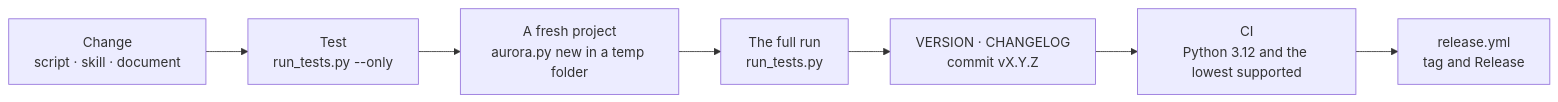
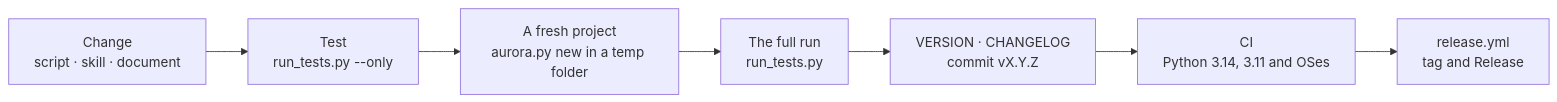
The diagram in docs/en/CONTRIBUTING.md (VVG-web/aurora-studio), drawn with Mermaid before and after one commit. The commit also changed other lines of this file and 11 other files, not shown here.

````diff
--- a/docs/en/CONTRIBUTING.md
+++ b/docs/en/CONTRIBUTING.md
@@ -94,9 +94,9 @@
 ```mermaid
 flowchart LR
   A["Change<br>script · skill · document"] --> B["Test<br>run_tests.py --only"]
   B --> C["A fresh project<br>aurora.py new in a temp folder"]
   C --> D["The full run<br>run_tests.py"]
   D --> E["VERSION · CHANGELOG<br>commit vX.Y.Z"]
-  E --> F["CI<br>Python 3.12 and the lowest supported"]
+  E --> F["CI<br>Python 3.14, 3.11 and OSes"]
   F --> G["release.yml<br>tag and Release"]
 ```
````
